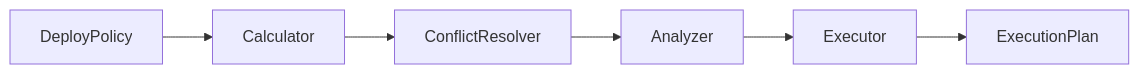
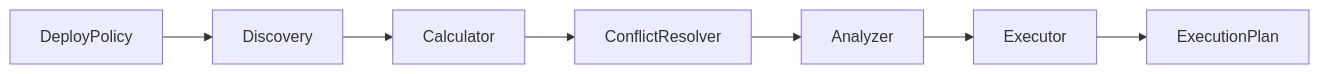
One commit to TencentBlueKing/bk-nodemgr changed the diagram in internal/backend/dpmgr/README.md. Above: the diagram before and after it, drawn with Mermaid. The commit also changed other lines of this file and 4 other files, not shown here.

Commit message:
feat: implement policy discovery mechanism.

````diff
--- a/internal/backend/dpmgr/README.md
+++ b/internal/backend/dpmgr/README.md
@@ -21,8 +22,9 @@
 ```mermaid
 graph LR
-    A[DeployPolicy] --> B[Calculator]
-    B --> C[ConflictResolver]
-    C --> D[Analyzer]
-    D --> E[Executor]
-    E --> F[ExecutionPlan]
+    A[DeployPolicy] --> B[Discovery]
+    B --> C[Calculator]
+    C --> D[ConflictResolver]
+    D --> E[Analyzer]
+    E --> F[Executor]
+    F --> G[ExecutionPlan]
 ```
````
